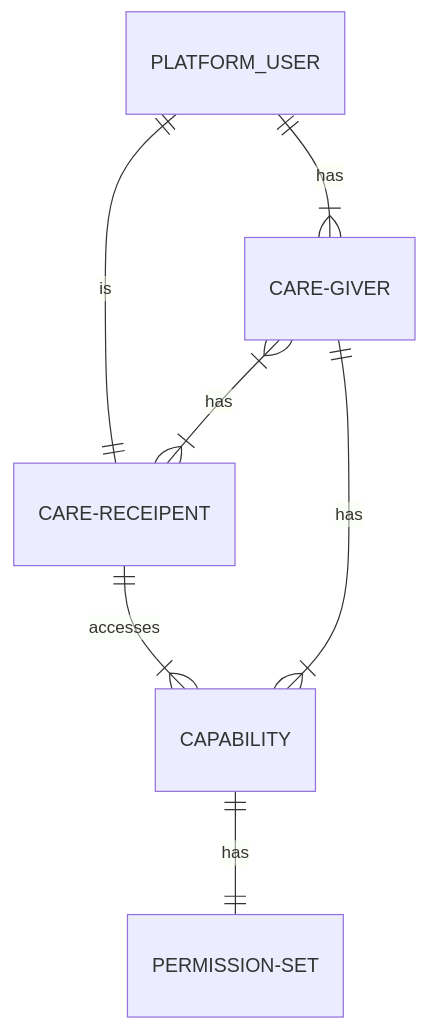
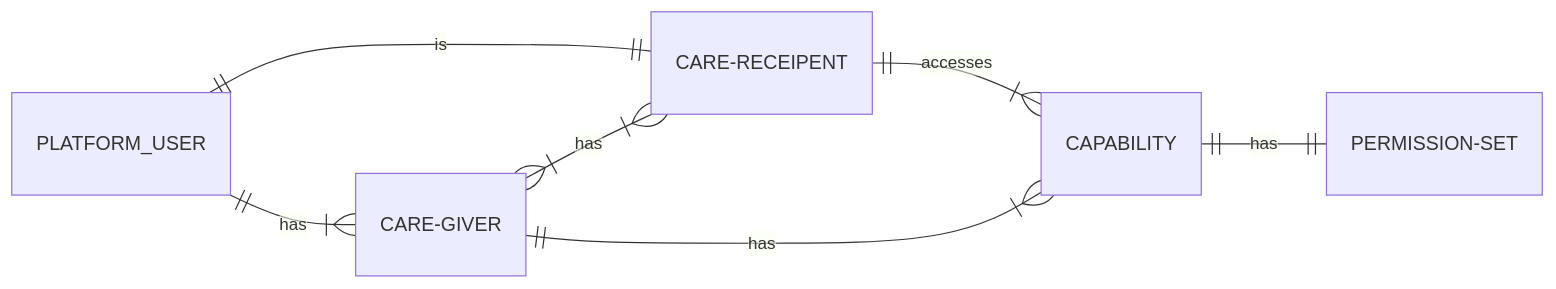
Before and after one commit to tomkaith13/mongo-cedar: the first of 2 diagrams in Readme.md, drawn with Mermaid.

Commit message:
added direction directive to mermaid

````diff
--- a/Readme.md
+++ b/Readme.md
@@ -10,9 +10,10 @@
 ```mermaid
 erDiagram
+    direction LR
     PLATFORM_USER ||--|{ CARE-GIVER: has
     PLATFORM_USER ||--|| CARE-RECEIPENT: is
     CARE-GIVER }|--|{ CARE-RECEIPENT : has
     CARE-RECEIPENT ||--|{ CAPABILITY : accesses
     CAPABILITY ||--|| PERMISSION-SET: has
     CARE-GIVER ||--|{ CAPABILITY: has
 ```
````
